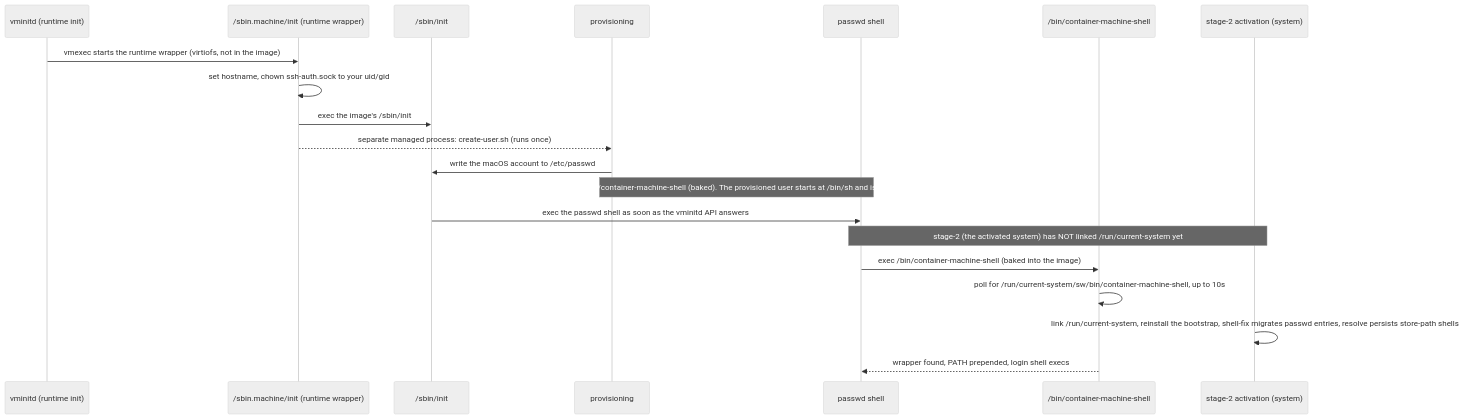
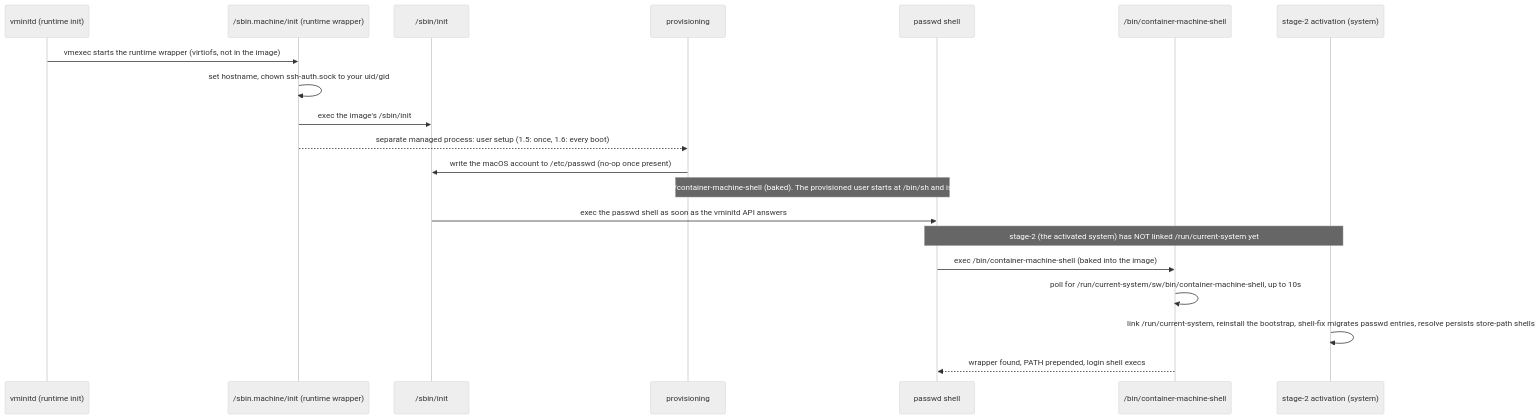
One commit to ryuheechul/provision changed the diagram in apple/container-machine/nixos/README.md. Above: the diagram before and after it, drawn with Mermaid (neutral theme). The commit also changed other lines of this file and 5 other files, not shown here.

First line of the commit message:
apple/container-machine/nixos: fix user setup for container 1.6 every-boot provisioning

````diff
--- a/apple/container-machine/nixos/README.md
+++ b/apple/container-machine/nixos/README.md
@@ -341,23 +343,23 @@
 ```mermaid
 sequenceDiagram
     participant rt as vminitd (runtime init)
     participant wrap as /sbin.machine/init (runtime wrapper)
     participant init as /sbin/init
     participant prov as provisioning
     participant shell as passwd shell
     participant boot as /bin/container-machine-shell
     participant act as stage-2 activation (system)
 
     rt->>wrap: vmexec starts the runtime wrapper (virtiofs, not in the image)
     wrap->>wrap: set hostname, chown ssh-auth.sock to your uid/gid
     wrap->>init: exec the image's /sbin/init
-    wrap-->>prov: separate managed process: create-user.sh (runs once)
-    prov->>init: write the macOS account to /etc/passwd
+    wrap-->>prov: separate managed process: user setup (1.5: once, 1.6: every boot)
+    prov->>init: write the macOS account to /etc/passwd (no-op once present)
     Note over prov,shell: root is declared at /bin/container-machine-shell (baked). The provisioned user starts at /bin/sh and is re-pointed by shell-fix.
     init->>shell: exec the passwd shell as soon as the vminitd API answers
     Note over shell,act: stage-2 (the activated system) has NOT linked /run/current-system yet
     shell->>boot: exec /bin/container-machine-shell (baked into the image)
     boot->>boot: poll for /run/current-system/sw/bin/container-machine-shell, up to 10s
     act->>act: link /run/current-system, reinstall the bootstrap, shell-fix migrates passwd entries, resolve persists store-path shells
     boot-->>shell: wrapper found, PATH prepended, login shell execs
 ```
````
